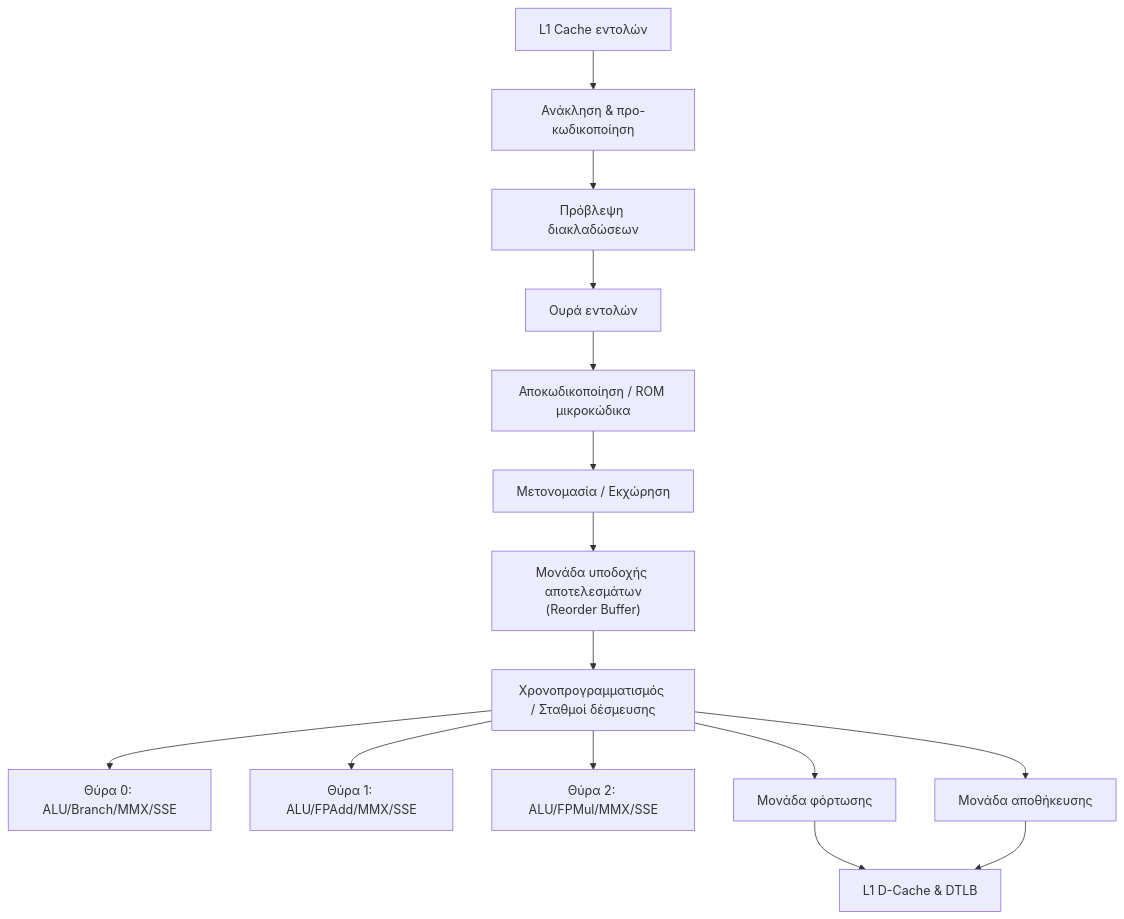
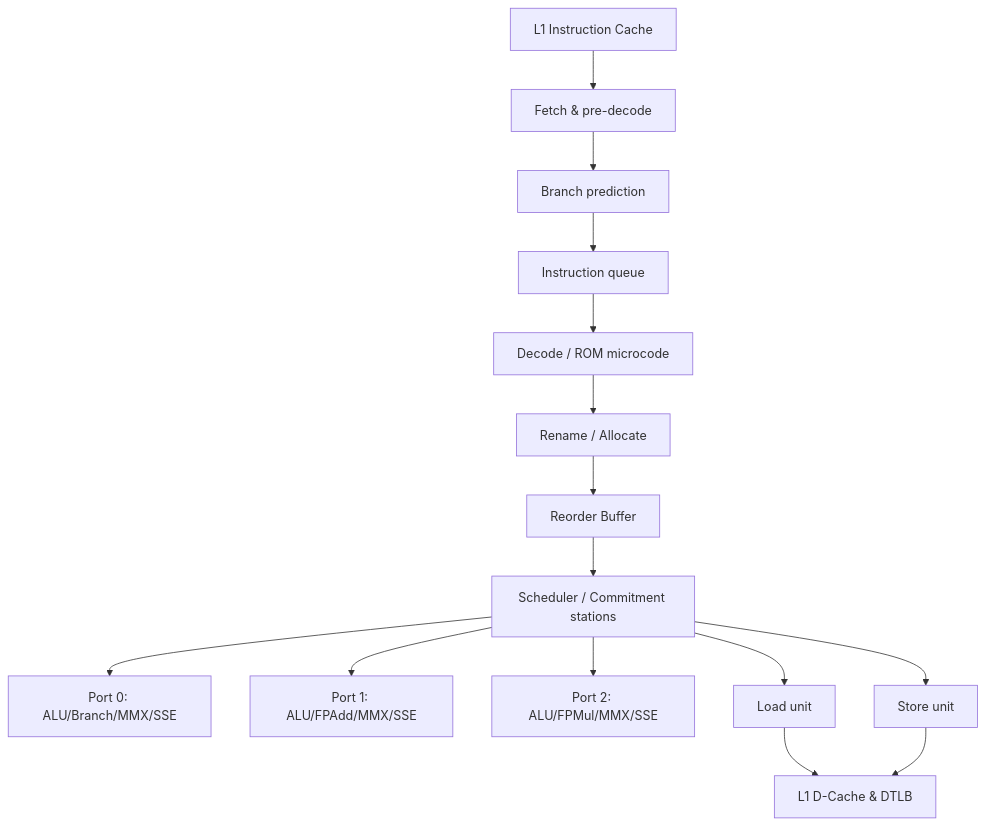
One commit to PanagopoulosNikolaos/DitOpenNotes changed diagram 11 of 11 in Year_2/Semester_3/COMPUTER_ARCHITECTURE/Resources/Notes/Superscalar-Processors-Notes-9.md. Above: the diagram before and after it, drawn with Mermaid. The commit also changed other lines of this file and 50 other files, not shown here.

````diff
--- a/Year_2/Semester_3/COMPUTER_ARCHITECTURE/Resources/Notes/Superscalar-Processors-Notes-9.md
+++ b/Year_2/Semester_3/COMPUTER_ARCHITECTURE/Resources/Notes/Superscalar-Processors-Notes-9.md
@@ -608,17 +608,17 @@
 ```mermaid
 flowchart TD
-  I1[L1 Cache εντολών] --> F1[Ανάκληση & προ-κωδικοποίηση]
-  F1 --> BP[Πρόβλεψη διακλαδώσεων]
-  BP --> IQ[Ουρά εντολών]
-  IQ --> DEC[Αποκωδικοποίηση / ROM μικροκώδικα]
-  DEC --> REN[Μετονομασία / Εκχώρηση]
-  REN --> ROB["Μονάδα υποδοχής αποτελεσμάτων<br/>(Reorder Buffer)"]
-  ROB --> SCH[Χρονοπρογραμματισμός / Σταθμοί δέσμευσης]
-  SCH --> P0[Θύρα 0: ALU/Branch/MMX/SSE]
-  SCH --> P1[Θύρα 1: ALU/FPAdd/MMX/SSE]
-  SCH --> P2[Θύρα 2: ALU/FPMul/MMX/SSE]
-  SCH --> LD[Μονάδα φόρτωσης]
-  SCH --> ST[Μονάδα αποθήκευσης]
+  I1[L1 Instruction Cache] --> F1[Fetch & pre-decode]
+  F1 --> BP[Branch prediction]
+  BP --> IQ[Instruction queue]
+  IQ --> DEC[Decode / ROM microcode]
+  DEC --> REN[Rename / Allocate]
+  REN --> ROB["Reorder Buffer"]
+  ROB --> SCH[Scheduler / Commitment stations]
+  SCH --> P0[Port 0: ALU/Branch/MMX/SSE]
+  SCH --> P1[Port 1: ALU/FPAdd/MMX/SSE]
+  SCH --> P2[Port 2: ALU/FPMul/MMX/SSE]
+  SCH --> LD[Load unit]
+  SCH --> ST[Store unit]
   LD --> D1[L1 D-Cache & DTLB]
   ST --> D1
 ```
````
